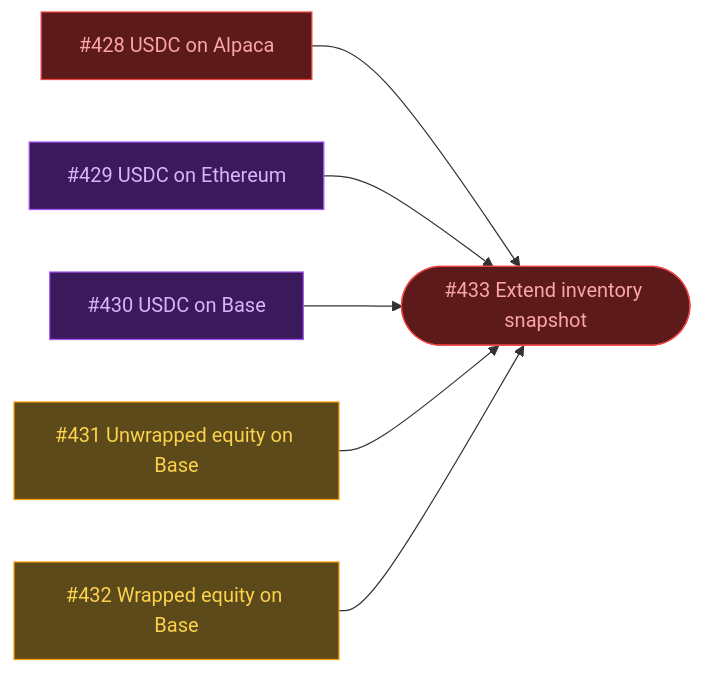
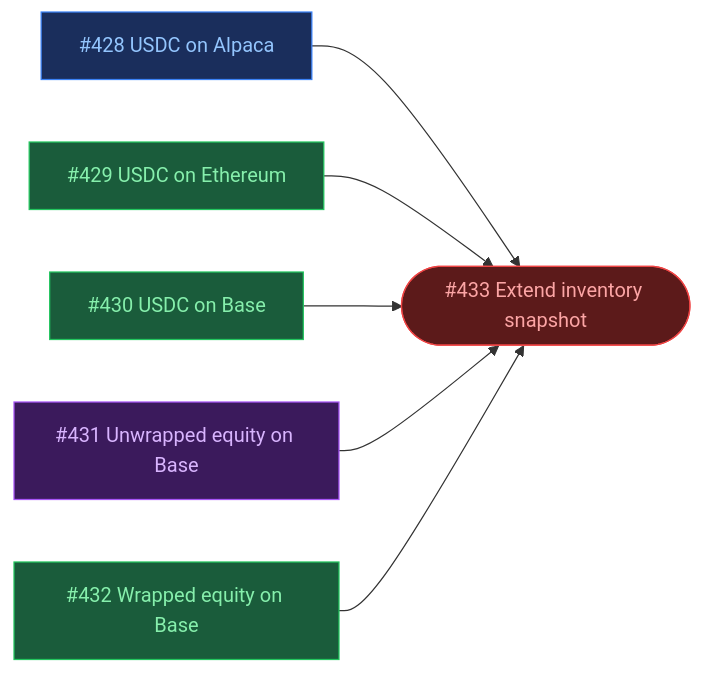
The second of 8 diagrams in ROADMAP.md (ST0x-Technology/st0x.liquidity), drawn with Mermaid before and after one commit. The commit also changed other lines of this file, not shown here.

Commit message:
roadmap: add #479 to build & dependencies backlog

````diff
--- a/ROADMAP.md
+++ b/ROADMAP.md
@@ -66,26 +69,28 @@
 ```mermaid
 graph LR
+    classDef wip fill:#1a2e5c,stroke:#3b82f6,color:#93c5fd
     classDef blocked fill:#5c1a1a,stroke:#ef4444,color:#fca5a5
     classDef todo fill:#5c4a1a,stroke:#f59e0b,color:#fcd34d
     classDef review fill:#3b1a5c,stroke:#a855f7,color:#d8b4fe
+    classDef done fill:#1a5c3b,stroke:#22c55e,color:#86efac
 
-    id428["#428 USDC on Alpaca"]:::blocked
-    id429["#429 USDC on Ethereum"]:::review
-    id430["#430 USDC on Base"]:::review
-    id431["#431 Unwrapped equity on Base"]:::todo
-    id432["#432 Wrapped equity on Base"]:::todo
+    id428["#428 USDC on Alpaca"]:::wip
+    id429["#429 USDC on Ethereum"]:::done
+    id430["#430 USDC on Base"]:::done
+    id431["#431 Unwrapped equity on Base"]:::review
+    id432["#432 Wrapped equity on Base"]:::done
     id433(["#433 Extend inventory snapshot"]):::blocked
 
     id428 --> id433
     id429 --> id433
     id430 --> id433
     id431 --> id433
     id432 --> id433
 
     click id428 href "https://github.com/ST0x-Technology/st0x.liquidity/issues/428"
     click id429 href "https://github.com/ST0x-Technology/st0x.liquidity/issues/429"
     click id430 href "https://github.com/ST0x-Technology/st0x.liquidity/issues/430"
     click id431 href "https://github.com/ST0x-Technology/st0x.liquidity/issues/431"
     click id432 href "https://github.com/ST0x-Technology/st0x.liquidity/issues/432"
     click id433 href "https://github.com/ST0x-Technology/st0x.liquidity/issues/433"
 ```
````
